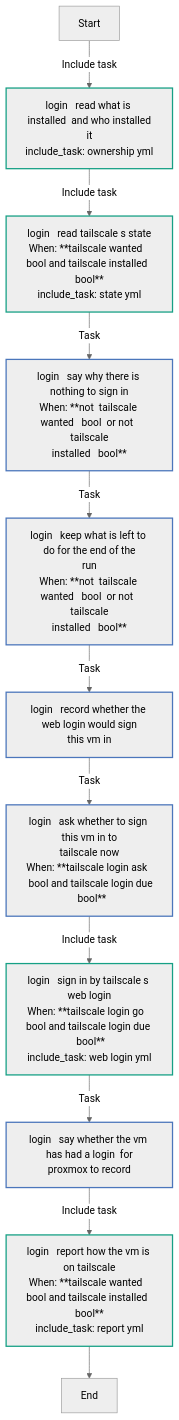
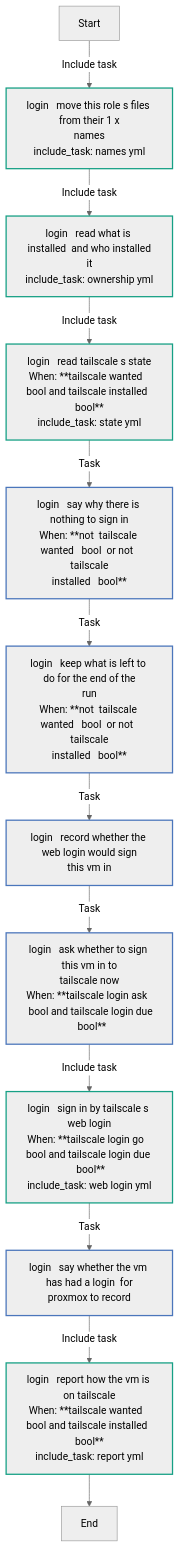
One commit to kawadeomkar/agent-warehouse changed the sixth of 14 diagrams in docs/reference/roles/tailscale.md. Above: the diagram before and after it, drawn with Mermaid (neutral theme). The commit also changed other lines of this file and 29 other files, not shown here.

````diff
--- a/docs/reference/roles/tailscale.md
+++ b/docs/reference/roles/tailscale.md
@@ -404,23 +411,24 @@
 ```mermaid
 flowchart TD
 Start
 classDef block stroke:#3498db,stroke-width:2px;
 classDef task stroke:#4b76bb,stroke-width:2px;
 classDef includeTasks stroke:#16a085,stroke-width:2px;
 classDef importTasks stroke:#34495e,stroke-width:2px;
 classDef includeRole stroke:#2980b9,stroke-width:2px;
 classDef importRole stroke:#699ba7,stroke-width:2px;
 classDef includeVars stroke:#8e44ad,stroke-width:2px;
 classDef rescue stroke:#665352,stroke-width:2px;
 
-  Start-->|Include task| login___Read_what_is_installed__and_who_installed_it_ownership_yml_0[login   read what is installed  and who installed<br>it<br>include_task: ownership yml]:::includeTasks
-  login___Read_what_is_installed__and_who_installed_it_ownership_yml_0-->|Include task| login___Read_Tailscale_s_state_state_yml_1[login   read tailscale s state<br>When: **tailscale wanted   bool and tailscale installed  <br>bool**<br>include_task: state yml]:::includeTasks
-  login___Read_Tailscale_s_state_state_yml_1-->|Task| login___Say_why_there_is_nothing_to_sign_in2[login   say why there is nothing to sign in<br>When: **not  tailscale wanted   bool  or not  tailscale<br>installed   bool**]:::task
-  login___Say_why_there_is_nothing_to_sign_in2-->|Task| login___Keep_what_is_left_to_do_for_the_end_of_the_run3[login   keep what is left to do for the end of the<br>run<br>When: **not  tailscale wanted   bool  or not  tailscale<br>installed   bool**]:::task
-  login___Keep_what_is_left_to_do_for_the_end_of_the_run3-->|Task| login___Record_whether_the_web_login_would_sign_this_VM_in4[login   record whether the web login would sign<br>this vm in]:::task
-  login___Record_whether_the_web_login_would_sign_this_VM_in4-->|Task| login___Ask_whether_to_sign_this_VM_in_to_Tailscale_now5[login   ask whether to sign this vm in to<br>tailscale now<br>When: **tailscale login ask   bool and tailscale login due<br>  bool**]:::task
-  login___Ask_whether_to_sign_this_VM_in_to_Tailscale_now5-->|Include task| login___Sign_in_by_Tailscale_s_web_login_web_login_yml_6[login   sign in by tailscale s web login<br>When: **tailscale login go   bool and tailscale login due <br> bool**<br>include_task: web login yml]:::includeTasks
-  login___Sign_in_by_Tailscale_s_web_login_web_login_yml_6-->|Task| login___Say_whether_the_VM_has_had_a_login__for_Proxmox_to_record7[login   say whether the vm has had a login  for<br>proxmox to record]:::task
-  login___Say_whether_the_VM_has_had_a_login__for_Proxmox_to_record7-->|Include task| login___Report_how_the_VM_is_on_Tailscale_report_yml_8[login   report how the vm is on tailscale<br>When: **tailscale wanted   bool and tailscale installed  <br>bool**<br>include_task: report yml]:::includeTasks
-  login___Report_how_the_VM_is_on_Tailscale_report_yml_8-->End
+  Start-->|Include task| login___Move_this_role_s_files_from_their_1_x_names_names_yml_0[login   move this role s files from their 1 x<br>names<br>include_task: names yml]:::includeTasks
+  login___Move_this_role_s_files_from_their_1_x_names_names_yml_0-->|Include task| login___Read_what_is_installed__and_who_installed_it_ownership_yml_1[login   read what is installed  and who installed<br>it<br>include_task: ownership yml]:::includeTasks
+  login___Read_what_is_installed__and_who_installed_it_ownership_yml_1-->|Include task| login___Read_Tailscale_s_state_state_yml_2[login   read tailscale s state<br>When: **tailscale wanted   bool and tailscale installed  <br>bool**<br>include_task: state yml]:::includeTasks
+  login___Read_Tailscale_s_state_state_yml_2-->|Task| login___Say_why_there_is_nothing_to_sign_in3[login   say why there is nothing to sign in<br>When: **not  tailscale wanted   bool  or not  tailscale<br>installed   bool**]:::task
+  login___Say_why_there_is_nothing_to_sign_in3-->|Task| login___Keep_what_is_left_to_do_for_the_end_of_the_run4[login   keep what is left to do for the end of the<br>run<br>When: **not  tailscale wanted   bool  or not  tailscale<br>installed   bool**]:::task
+  login___Keep_what_is_left_to_do_for_the_end_of_the_run4-->|Task| login___Record_whether_the_web_login_would_sign_this_VM_in5[login   record whether the web login would sign<br>this vm in]:::task
+  login___Record_whether_the_web_login_would_sign_this_VM_in5-->|Task| login___Ask_whether_to_sign_this_VM_in_to_Tailscale_now6[login   ask whether to sign this vm in to<br>tailscale now<br>When: **tailscale login ask   bool and tailscale login due<br>  bool**]:::task
+  login___Ask_whether_to_sign_this_VM_in_to_Tailscale_now6-->|Include task| login___Sign_in_by_Tailscale_s_web_login_web_login_yml_7[login   sign in by tailscale s web login<br>When: **tailscale login go   bool and tailscale login due <br> bool**<br>include_task: web login yml]:::includeTasks
+  login___Sign_in_by_Tailscale_s_web_login_web_login_yml_7-->|Task| login___Say_whether_the_VM_has_had_a_login__for_Proxmox_to_record8[login   say whether the vm has had a login  for<br>proxmox to record]:::task
+  login___Say_whether_the_VM_has_had_a_login__for_Proxmox_to_record8-->|Include task| login___Report_how_the_VM_is_on_Tailscale_report_yml_9[login   report how the vm is on tailscale<br>When: **tailscale wanted   bool and tailscale installed  <br>bool**<br>include_task: report yml]:::includeTasks
+  login___Report_how_the_VM_is_on_Tailscale_report_yml_9-->End
 ```
````
